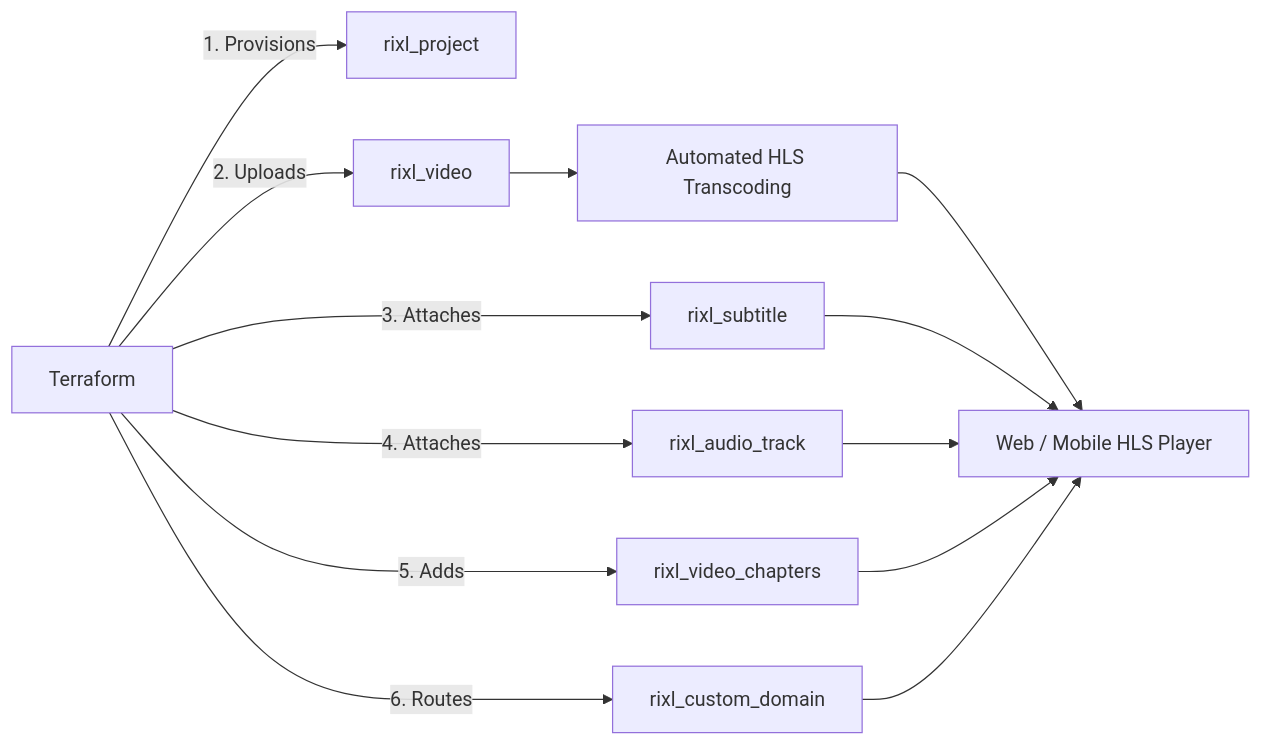
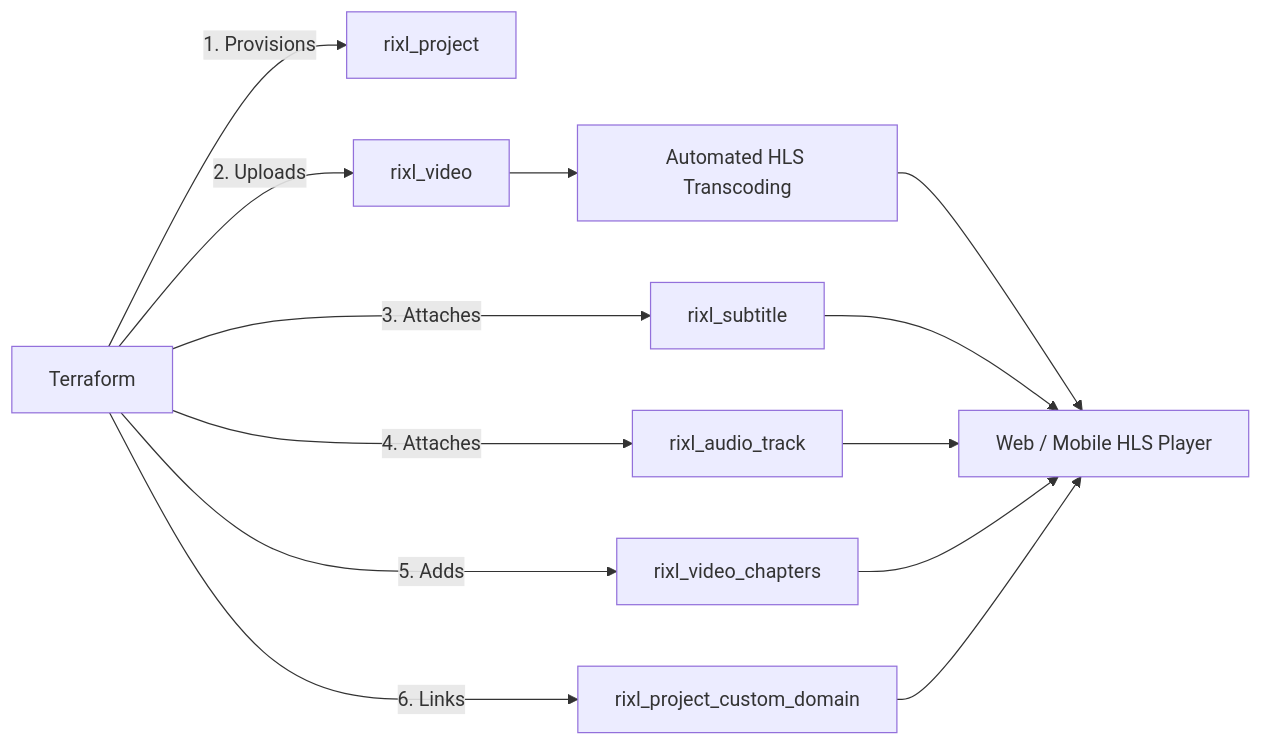
The diagram in templates/guides/video-streaming-pipeline.md (rixlhq/terraform-provider-rixl), drawn with Mermaid before and after one commit. The commit also changed other lines of this file and 23 other files, not shown here.

Commit message:
fix(docs): align custom domain documentation with API and purge CDN references (#41)

````diff
--- a/templates/guides/video-streaming-pipeline.md
+++ b/templates/guides/video-streaming-pipeline.md
@@ -18,15 +18,15 @@
 ```mermaid
 graph LR
     TF[Terraform] -->|1. Provisions| Proj[rixl_project]
     TF -->|2. Uploads| Vid[rixl_video]
     TF -->|3. Attaches| Sub[rixl_subtitle]
     TF -->|4. Attaches| Aud[rixl_audio_track]
     TF -->|5. Adds| Chap[rixl_video_chapters]
-    TF -->|6. Routes| CDN[rixl_custom_domain]
+    TF -->|6. Links| Domain[rixl_project_custom_domain]
     Vid --> Transcode[Automated HLS Transcoding]
     Transcode --> Player[Web / Mobile HLS Player]
     Sub --> Player
     Aud --> Player
     Chap --> Player
-    CDN --> Player
+    Domain --> Player
 ```
````
